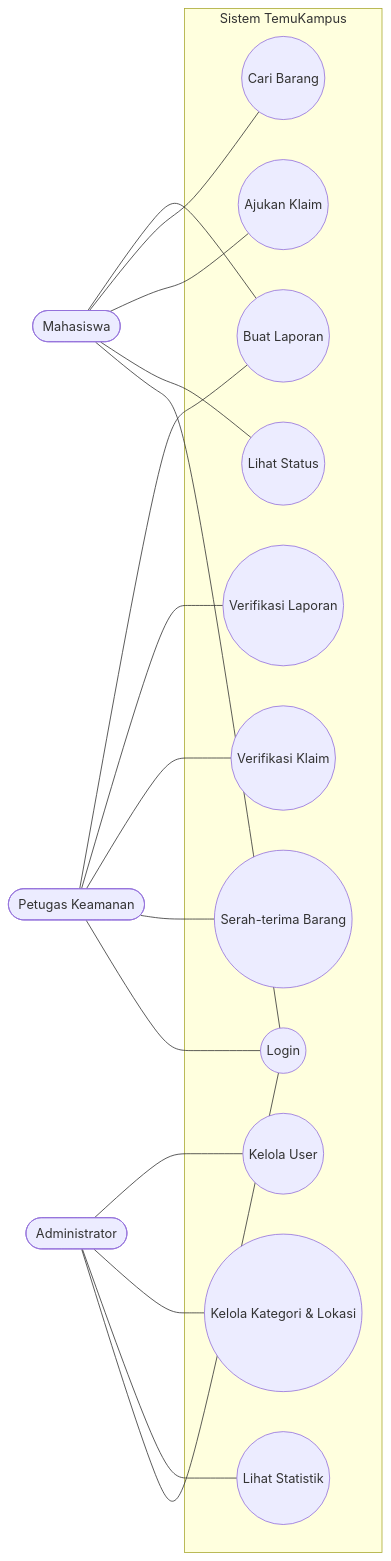
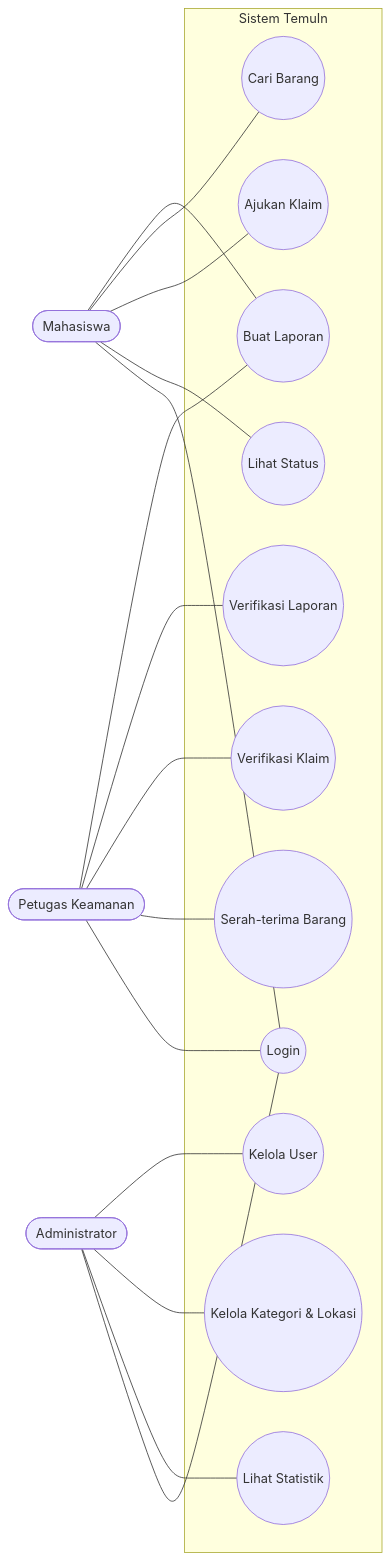
Before and after one commit to FlaminggoZer0ne/temukampus: the first of 2 diagrams in README.md, drawn with Mermaid. The commit also changed other lines of this file and 7 other files, not shown here.

````diff
--- a/README.md
+++ b/README.md
@@ -173,24 +173,24 @@
 ```mermaid
 flowchart LR
     M([Mahasiswa])
     P([Petugas Keamanan])
     A([Administrator])
 
-    subgraph Sistem TemuKampus
+    subgraph Sistem TemuIn
         UC1((Buat Laporan))
         UC2((Cari Barang))
         UC3((Ajukan Klaim))
         UC4((Lihat Status))
         UC5((Verifikasi Laporan))
         UC6((Verifikasi Klaim))
         UC7((Serah-terima Barang))
         UC8((Kelola User))
         UC9((Kelola Kategori & Lokasi))
         UC10((Lihat Statistik))
         UC0((Login))
     end
 
     M --- UC1 & UC2 & UC3 & UC4 & UC0
     P --- UC1 & UC5 & UC6 & UC7 & UC0
     A --- UC8 & UC9 & UC10 & UC0
 ```
````
